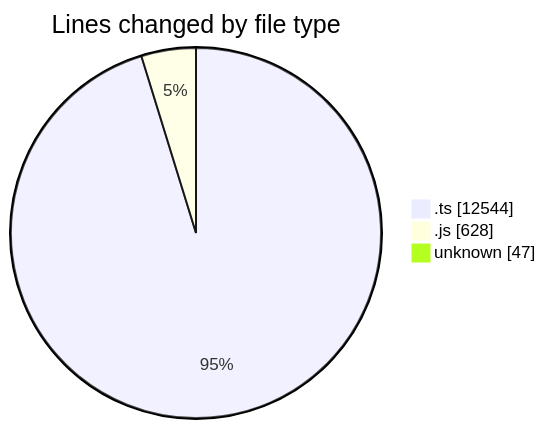
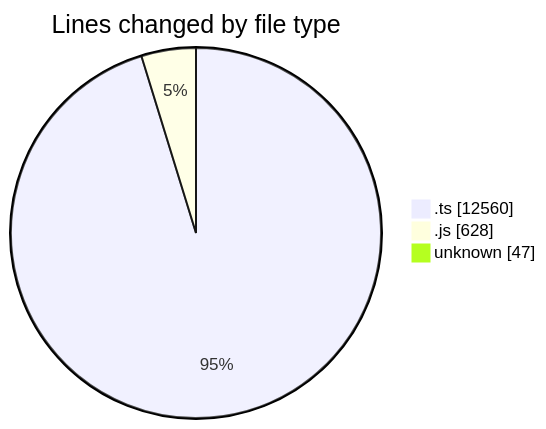
Before and after one commit to momahboobian/code-tracking: the first of 2 diagrams in 2025-09-05/cda/README.md, drawn with Mermaid. The commit also changed other lines of this file and 1 other file, not shown here.

````diff
--- a/2025-09-05/cda/README.md
+++ b/2025-09-05/cda/README.md
@@ -25,7 +25,7 @@
 ```mermaid
 pie showData
 title Lines changed by file type
-".ts" : 12544
+".ts" : 12560
 ".js" : 628
 "unknown" : 47
 ```
````
